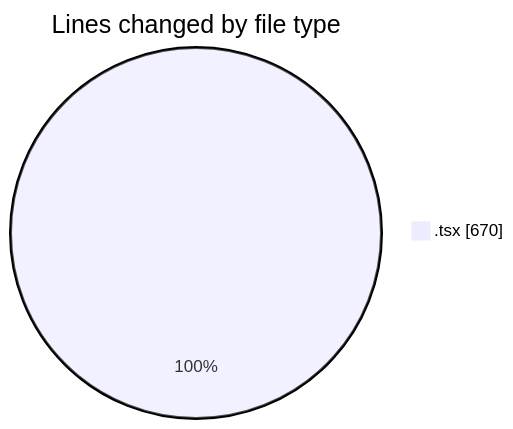
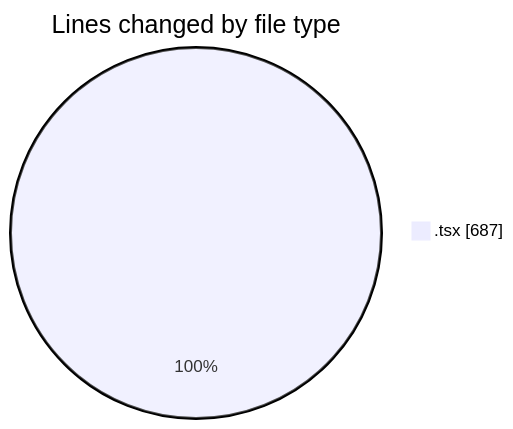
One commit to nxtqubesakshisongat/code-tracking changed the first of 2 diagrams in 2026-03-10/nxtqube_webapp/README.md. Above: the diagram before and after it, drawn with Mermaid. The commit also changed other lines of this file and 1 other file, not shown here.

````diff
--- a/2026-03-10/nxtqube_webapp/README.md
+++ b/2026-03-10/nxtqube_webapp/README.md
@@ -20,5 +20,5 @@
 ```mermaid
 pie showData
 title Lines changed by file type
-".tsx" : 670
+".tsx" : 687
 ```
````
